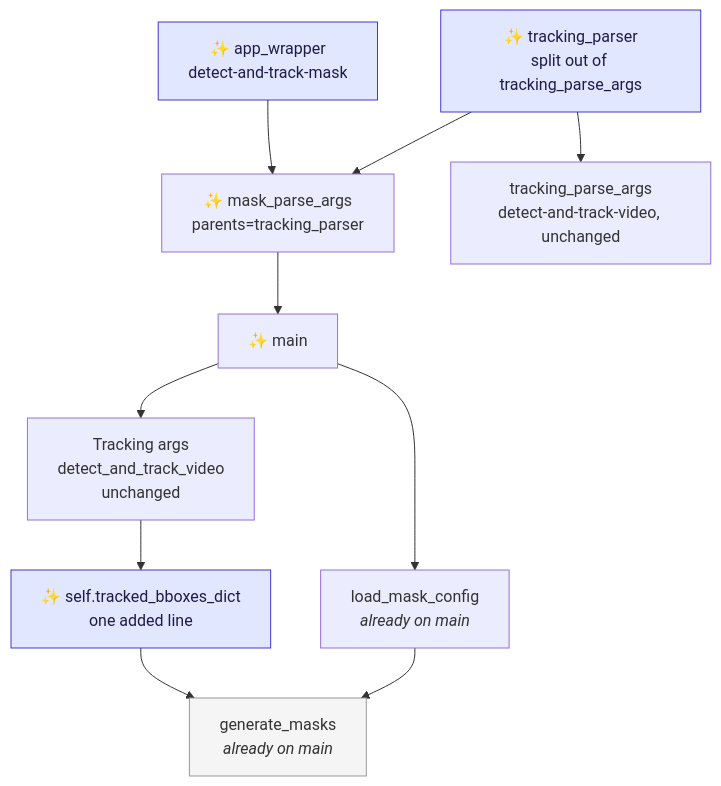
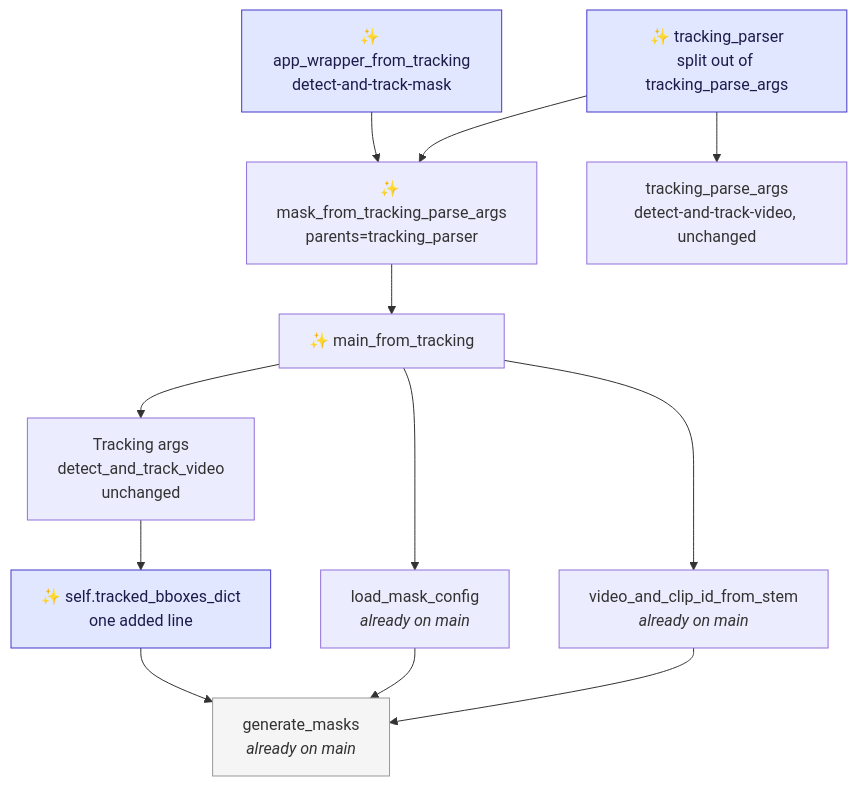
Before and after one commit to SainsburyWellcomeCentre/crabs-exploration: the second of 2 diagrams in claude-plans/proposal-detect-and-track-mask.md, drawn with Mermaid. The commit also changed other lines of this file and 3 other files, not shown here.

````diff
--- a/claude-plans/proposal-detect-and-track-mask.md
+++ b/claude-plans/proposal-detect-and-track-mask.md
@@ -258,16 +285,18 @@
 ```mermaid
 flowchart TD
-    W["✨ app_wrapper<br/>detect-and-track-mask"] --> P["✨ mask_parse_args<br/>parents=tracking_parser"]
+    W["✨ app_wrapper_from_tracking<br/>detect-and-track-mask"] --> P["✨ mask_from_tracking_parse_args<br/>parents=tracking_parser"]
     TP["✨ tracking_parser<br/>split out of tracking_parse_args"] --> P
     TP --> TPA["tracking_parse_args<br/>detect-and-track-video, unchanged"]
-    P --> M["✨ main"]
+    P --> M["✨ main_from_tracking"]
     M --> TR["Tracking args<br/>detect_and_track_video<br/>unchanged"]
     TR --> A["✨ self.tracked_bboxes_dict<br/>one added line"]
     A --> GM["generate_masks<br/><i>already on main</i>"]
     M --> LC["load_mask_config<br/><i>already on main</i>"]
+    M --> VC["video_and_clip_id_from_stem<br/><i>already on main</i>"]
     LC --> GM
+    VC --> GM
     style W fill:#e0e7ff,stroke:#4338ca,color:#1e1b4b
     style TP fill:#e0e7ff,stroke:#4338ca,color:#1e1b4b
     style A fill:#e0e7ff,stroke:#4338ca,color:#1e1b4b
     style GM fill:#f5f5f5,stroke:#999,color:#333
 ```
````
